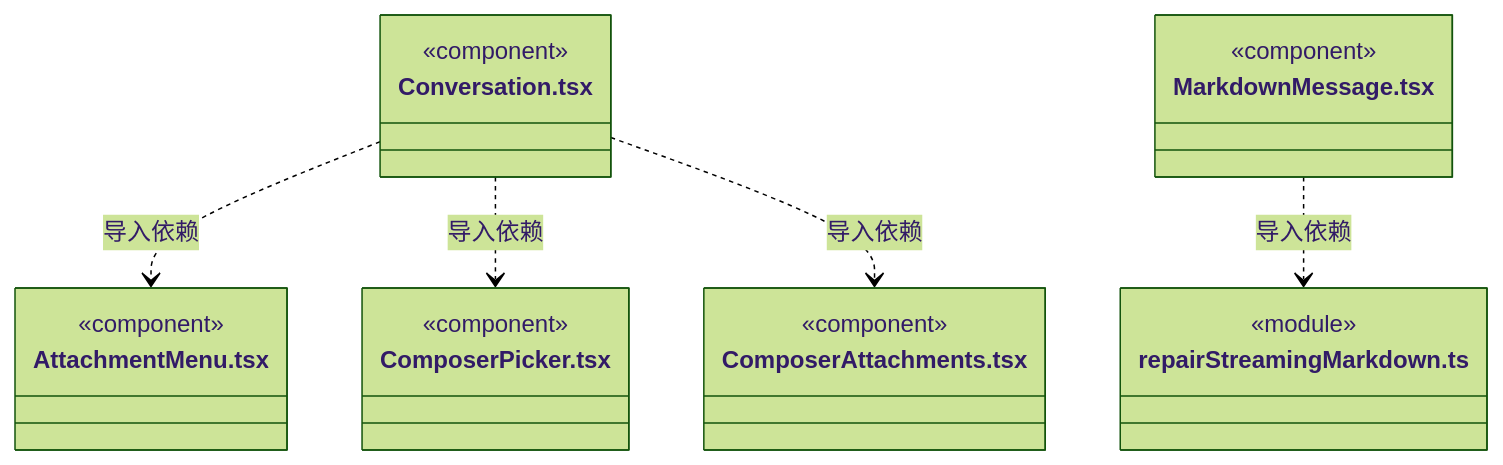
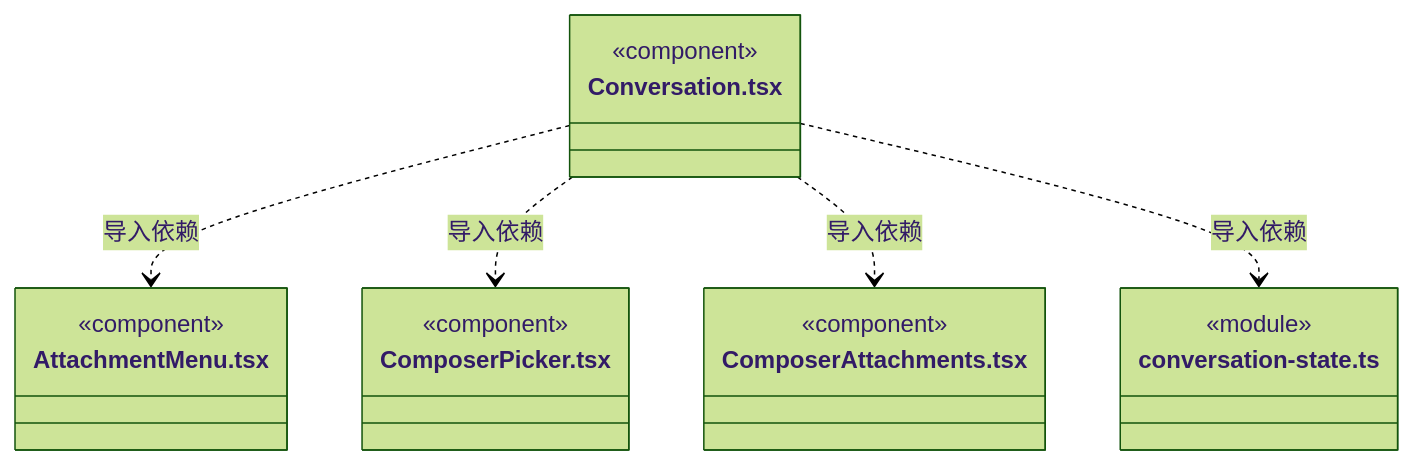
Diagram 33 of 36 in src/frontend/conversation/ARCHITECTURE.md (nan023062/cbim), drawn with Mermaid (forest theme) before and after one commit. The commit also changed other lines of this file and 49 other files, not shown here.

````diff
--- a/src/frontend/conversation/ARCHITECTURE.md
+++ b/src/frontend/conversation/ARCHITECTURE.md
@@ -451,25 +466,22 @@
 ```mermaid
 classDiagram
 class N_src_frontend_conversation_Conversation_tsx["Conversation.tsx"] {
   <<component>>
 }
 class N_src_frontend_conversation_AttachmentMenu_tsx["AttachmentMenu.tsx"] {
   <<component>>
 }
 class N_src_frontend_conversation_ComposerPicker_tsx["ComposerPicker.tsx"] {
   <<component>>
 }
 class N_src_frontend_conversation_ComposerAttachments_tsx["ComposerAttachments.tsx"] {
   <<component>>
 }
-class N_src_frontend_conversation_MarkdownMessage_tsx["MarkdownMessage.tsx"] {
-  <<component>>
-}
-class N_src_frontend_conversation_repairStreamingMarkdown_ts["repairStreamingMarkdown.ts"] {
+class N_src_frontend_conversation_conversation_state_ts["conversation-state.ts"] {
   <<module>>
 }
 N_src_frontend_conversation_Conversation_tsx ..> N_src_frontend_conversation_AttachmentMenu_tsx : 导入依赖
 N_src_frontend_conversation_Conversation_tsx ..> N_src_frontend_conversation_ComposerPicker_tsx : 导入依赖
 N_src_frontend_conversation_Conversation_tsx ..> N_src_frontend_conversation_ComposerAttachments_tsx : 导入依赖
-N_src_frontend_conversation_MarkdownMessage_tsx ..> N_src_frontend_conversation_repairStreamingMarkdown_ts : 导入依赖
+N_src_frontend_conversation_Conversation_tsx ..> N_src_frontend_conversation_conversation_state_ts : 导入依赖
 ```
````
